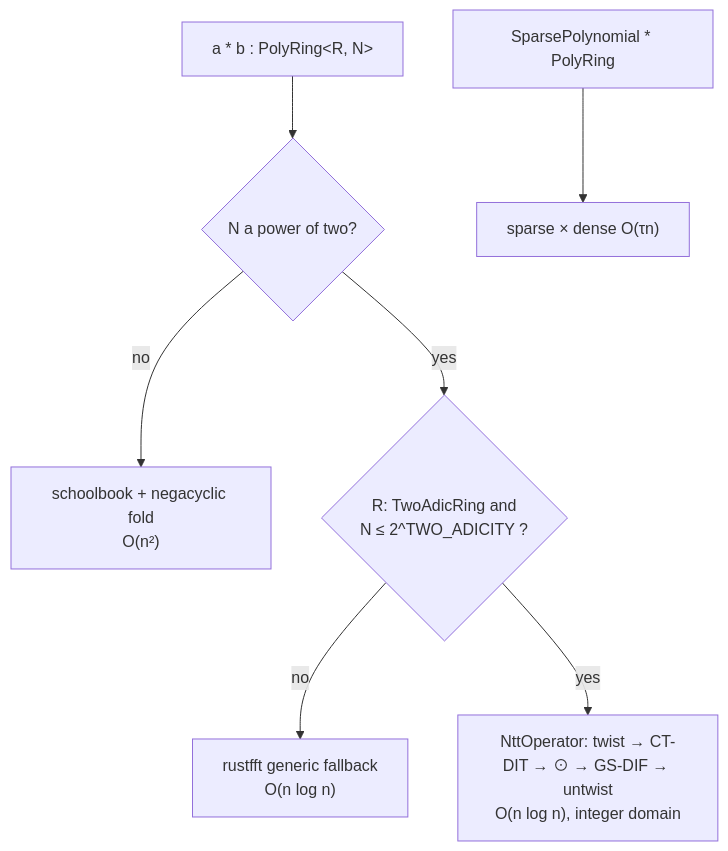
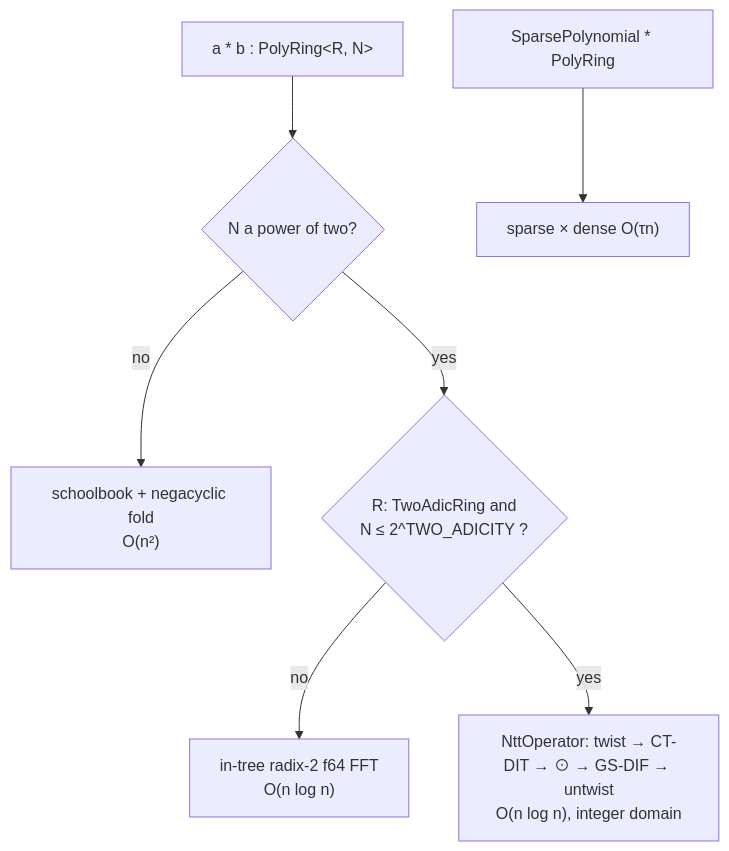
The diagram in docs/src/pages/design/polynomial-ring.mdx (SuccinctPaul/lattice-algebra-rs), drawn with Mermaid before and after one commit. The commit also changed other lines of this file and 83 other files, not shown here.

````diff
--- a/docs/src/pages/design/polynomial-ring.mdx
+++ b/docs/src/pages/design/polynomial-ring.mdx
@@ -18,9 +18,9 @@
 ```mermaid
 flowchart TD
     MUL["a * b : PolyRing&lt;R, N&gt;"] --> N2{"N a power of two?"}
     N2 -- no --> SB["schoolbook + negacyclic fold<br/>O(n²)"]
     N2 -- yes --> TAD{"R: TwoAdicRing and<br/>N ≤ 2^TWO_ADICITY ?"}
-    TAD -- no --> FFT["rustfft generic fallback<br/>O(n log n)"]
+    TAD -- no --> FFT["in-tree radix-2 f64 FFT<br/>O(n log n)"]
     TAD -- yes --> NTT["NttOperator: twist → CT-DIT → ⊙ → GS-DIF → untwist<br/>O(n log n), integer domain"]
     SP["SparsePolynomial * PolyRing"] --> SPARSE["sparse × dense O(τn)"]
 ```
````
